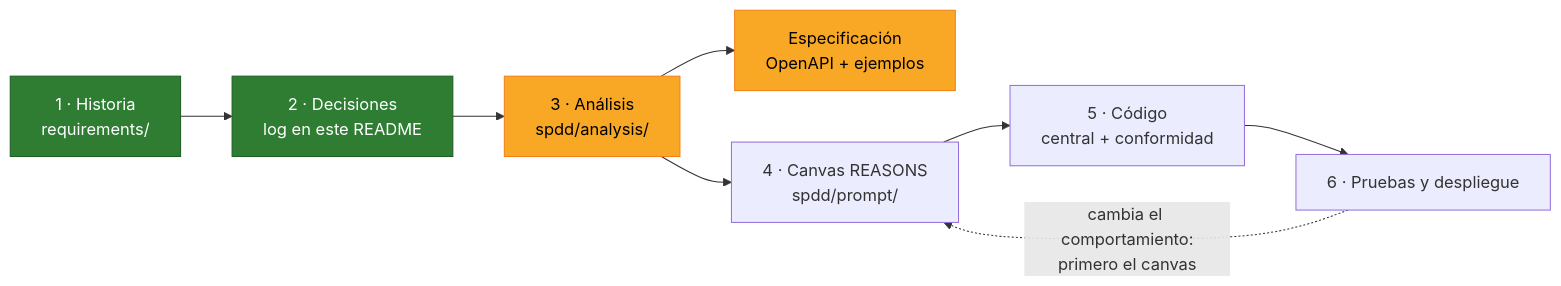
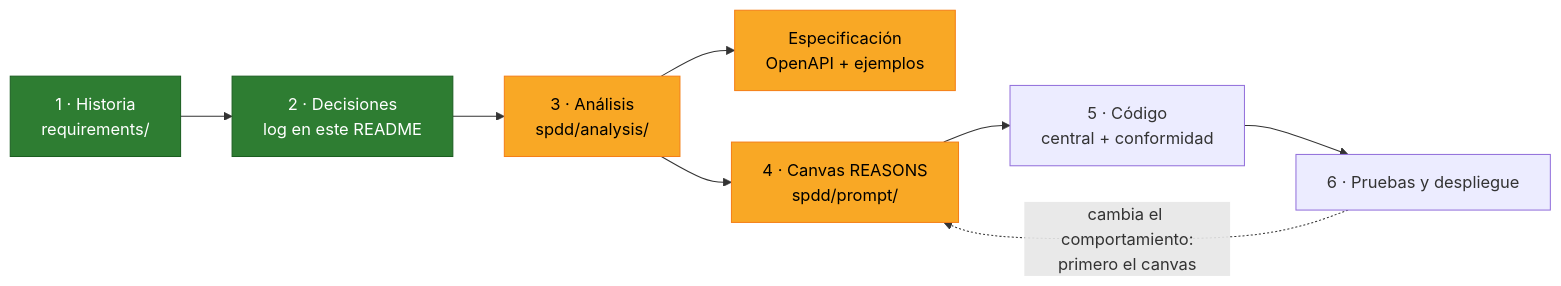
The first of 2 diagrams in README.md (javierchacon262/central-server-dsp), drawn with Mermaid before and after one commit. The commit also changed other lines of this file and 30 other files, not shown here.

````diff
--- a/README.md
+++ b/README.md
@@ -22,14 +27,14 @@
 ```mermaid
 flowchart LR
     H["1 · Historia<br/>requirements/"] --> C["2 · Decisiones<br/>log en este README"]
     C --> AN["3 · Análisis<br/>spdd/analysis/"]
     AN --> ES["Especificación<br/>OpenAPI + ejemplos"]
     AN --> CV["4 · Canvas REASONS<br/>spdd/prompt/"]
     CV --> G["5 · Código<br/>central + conformidad"]
     G --> T["6 · Pruebas y despliegue"]
     T -.->|"cambia el comportamiento:<br/>primero el canvas"| CV
     classDef hecho fill:#2e7d32,stroke:#1b5e20,color:#ffffff
     classDef actual fill:#f9a825,stroke:#f57f17,color:#000000
     class H,C hecho
-    class AN,ES actual
+    class AN,ES,CV actual
 ```
````
